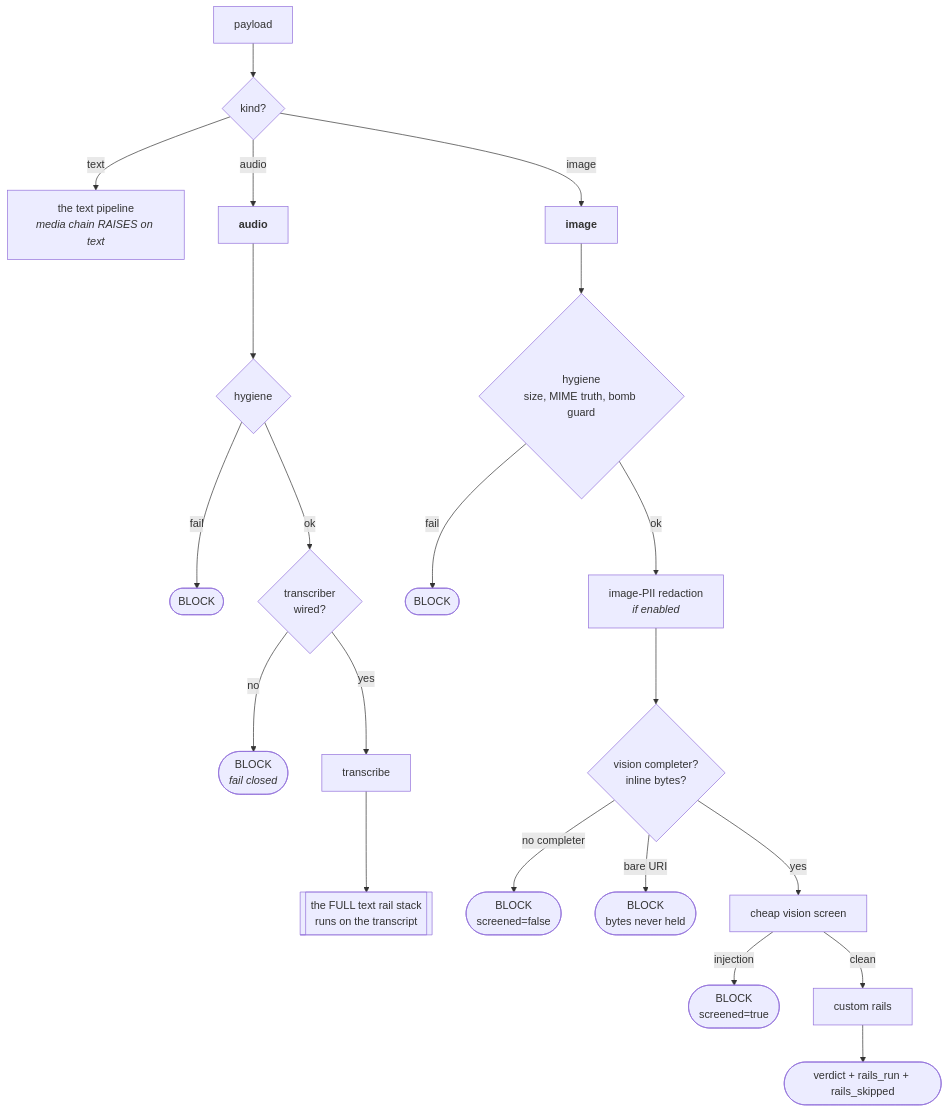
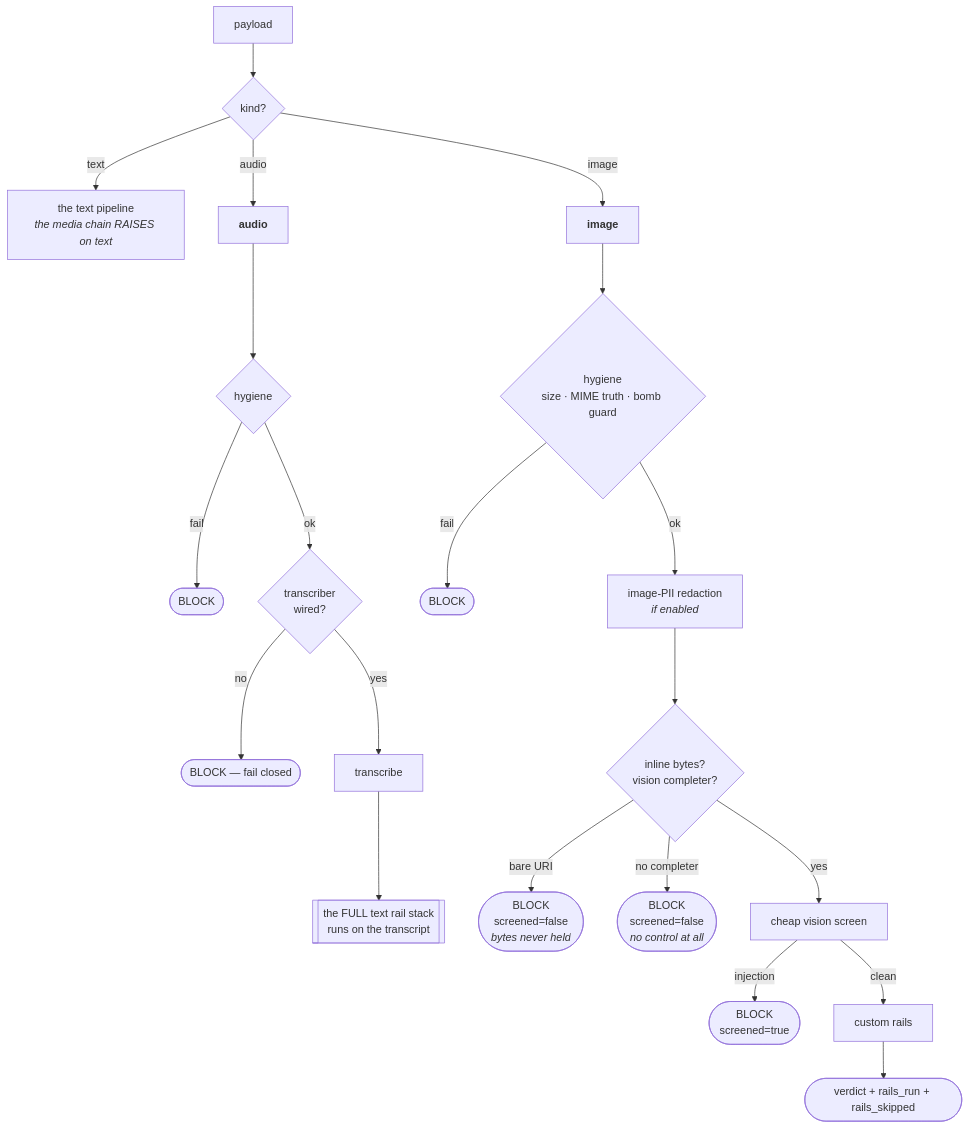
Before and after one commit to yrevash/aegis: the fifth of 5 diagrams in docs/teaching/guardrails/40-diagrams.md, drawn with Mermaid. The commit also changed other lines of this file and 111 other files, not shown here.

````diff
--- a/docs/teaching/guardrails/40-diagrams.md
+++ b/docs/teaching/guardrails/40-diagrams.md
@@ -191,25 +154,25 @@
 ```mermaid
 flowchart TB
     P["payload"] --> K{"kind?"}
-    K -->|text| TEXTPATH["the text pipeline<br/><i>media chain RAISES on text</i>"]
+    K -->|text| TEXTPATH["the text pipeline<br/><i>the media chain RAISES on text</i>"]
     K -->|audio| AU
     K -->|image| IM
 
     AU["<b>audio</b>"] --> AH{"hygiene"}
     AH -->|fail| AB([BLOCK])
     AH -->|ok| TR{"transcriber<br/>wired?"}
-    TR -->|no| ABC([BLOCK<br/><i>fail closed</i>])
+    TR -->|no| ABC([BLOCK — fail closed])
     TR -->|yes| TT["transcribe"]
     TT --> FULL[["the FULL text rail stack<br/>runs on the transcript"]]
 
-    IM["<b>image</b>"] --> IH{"hygiene<br/>size, MIME truth, bomb guard"}
+    IM["<b>image</b>"] --> IH{"hygiene<br/>size · MIME truth · bomb guard"}
     IH -->|fail| IB([BLOCK])
     IH -->|ok| IP["image-PII redaction<br/><i>if enabled</i>"]
-    IP --> SC{"vision completer?<br/>inline bytes?"}
-    SC -->|"no completer"| SB([BLOCK<br/>screened=false])
-    SC -->|"bare URI"| UB([BLOCK<br/>bytes never held])
+    IP --> SC{"inline bytes?<br/>vision completer?"}
+    SC -->|"bare URI"| UB([BLOCK<br/>screened=false<br/><i>bytes never held</i>])
+    SC -->|"no completer"| SB([BLOCK<br/>screened=false<br/><i>no control at all</i>])
     SC -->|yes| VS["cheap vision screen"]
     VS -->|injection| VB([BLOCK<br/>screened=true])
     VS -->|clean| CR["custom rails"]
     CR --> OUT([verdict + rails_run + rails_skipped])
 ```
````
